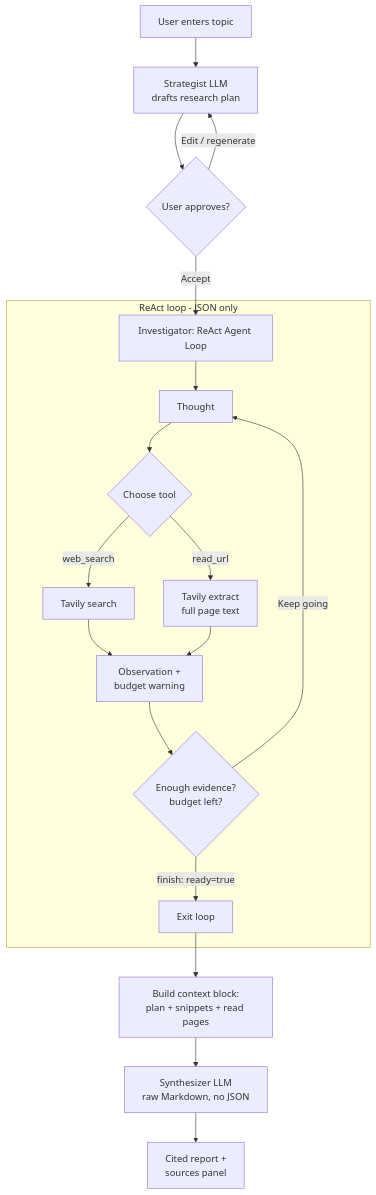
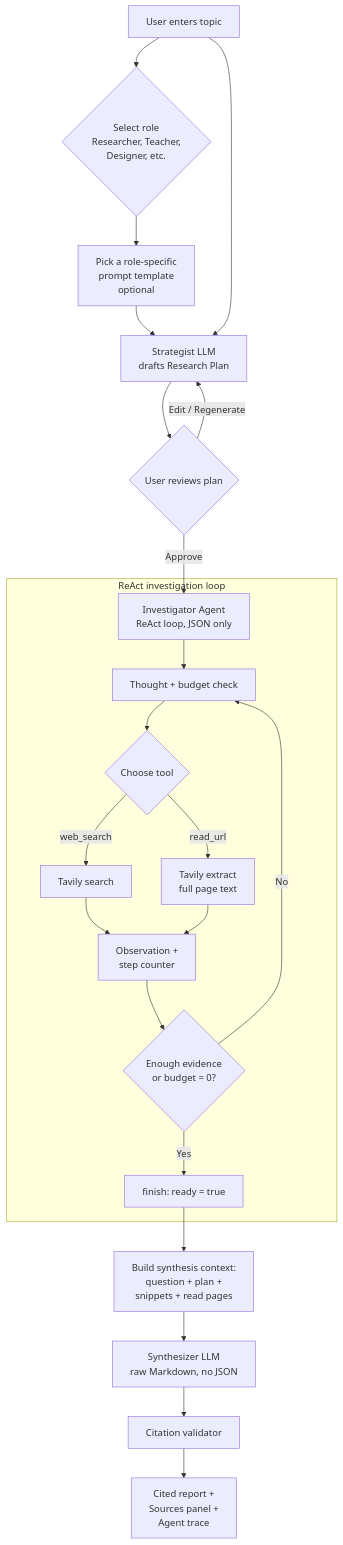
The diagram in README.md (jayrosen-design/deep-researcher-agent), drawn with Mermaid before and after one commit. The commit also changed other lines of this file, not shown here.

````diff
--- a/README.md
+++ b/README.md
@@ -44,23 +56,27 @@
 ```mermaid
 flowchart TD
-    A[User enters topic] --> B[Strategist LLM<br/>drafts research plan]
-    B --> C{User approves?}
-    C -->|Edit / regenerate| B
-    C -->|Accept| D[Investigator: ReAct Agent Loop]
+    U[User enters topic] --> R{Select role<br/>Researcher, Teacher,<br/>Designer, etc.}
+    R --> T[Pick a role-specific<br/>prompt template<br/>optional]
+    T --> S[Strategist LLM<br/>drafts Research Plan]
+    U --> S
+    S --> P{User reviews plan}
+    P -->|Edit / Regenerate| S
+    P -->|Approve| I[Investigator Agent<br/>ReAct loop, JSON only]
 
-    subgraph Loop [ReAct loop - JSON only]
-      D --> E[Thought]
-      E --> F{Choose tool}
-      F -->|web_search| G[Tavily search]
-      F -->|read_url| H[Tavily extract<br/>full page text]
-      G --> J[Observation +<br/>budget warning]
-      H --> J
-      J --> K{Enough evidence?<br/>budget left?}
-      K -->|Keep going| E
-      K -->|finish: ready=true| M[Exit loop]
+    subgraph LOOP [ReAct investigation loop]
+      I --> TH[Thought + budget check]
+      TH --> AC{Choose tool}
+      AC -->|web_search| WS[Tavily search]
+      AC -->|read_url| RU[Tavily extract<br/>full page text]
+      WS --> OB[Observation +<br/>step counter]
+      RU --> OB
+      OB --> DEC{Enough evidence<br/>or budget = 0?}
+      DEC -->|No| TH
+      DEC -->|Yes| FIN[finish: ready = true]
     end
 
-    M --> N[Build context block:<br/>plan + snippets + read pages]
-    N --> O[Synthesizer LLM<br/>raw Markdown, no JSON]
-    O --> P[Cited report +<br/>sources panel]
+    FIN --> CTX[Build synthesis context:<br/>question + plan +<br/>snippets + read pages]
+    CTX --> SY[Synthesizer LLM<br/>raw Markdown, no JSON]
+    SY --> CV[Citation validator]
+    CV --> OUT[Cited report +<br/>Sources panel +<br/>Agent trace]
 ```
````
